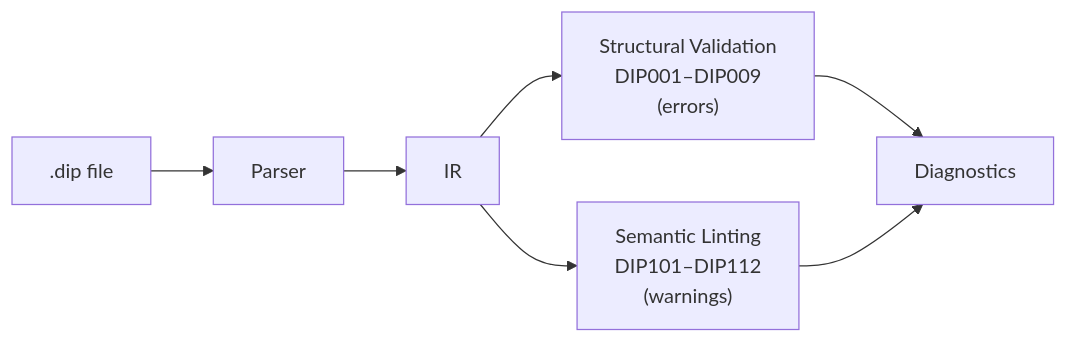
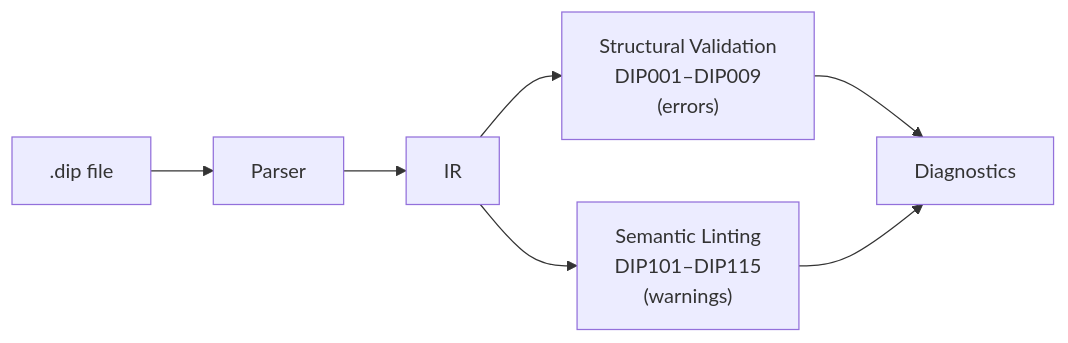
One commit to michellepellon/dippin-lang changed the diagram in docs/validation.md. Above: the diagram before and after it, drawn with Mermaid. The commit also changed other lines of this file and 26 other files, not shown here.

First line of the commit message:
feat: add check/new commands, DIP113-115 lint rules, base_delay field, scaffold package

````diff
--- a/docs/validation.md
+++ b/docs/validation.md
@@ -10,9 +10,9 @@
 ```mermaid
 graph LR
     SRC[".dip file"] --> PARSE["Parser"]
     PARSE --> IR["IR"]
     IR --> VAL["Structural Validation<br/>DIP001–DIP009<br/>(errors)"]
-    IR --> LINT["Semantic Linting<br/>DIP101–DIP112<br/>(warnings)"]
+    IR --> LINT["Semantic Linting<br/>DIP101–DIP115<br/>(warnings)"]
     VAL --> DIAG["Diagnostics"]
     LINT --> DIAG
 ```
````
